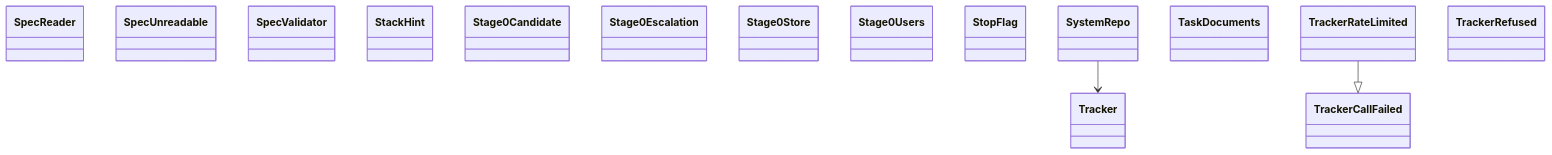
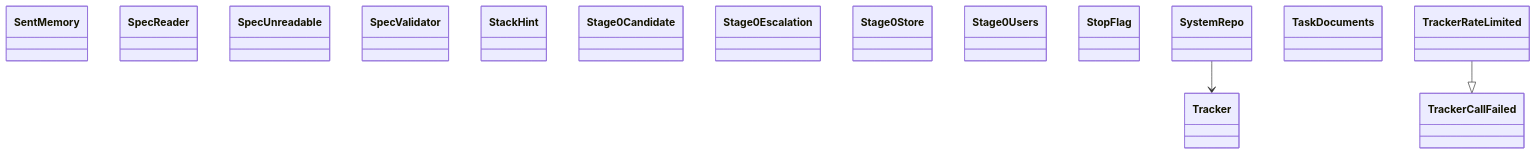
One commit to GonzaloZevallos/agentic-system changed the diagram in docs/architecture/generated/classes-process-application-support-7.md. Above: the diagram before and after it, drawn with Mermaid. The commit also changed 6 other files, not shown here.

Commit message:
Regenerate the architecture docs for RepoOrigin, GitRepoOrigin and the notify carry

````diff
--- a/docs/architecture/generated/classes-process-application-support-7.md
+++ b/docs/architecture/generated/classes-process-application-support-7.md
@@ -21,20 +21,20 @@
 ```mermaid
 classDiagram
+    class ports__SentMemory["SentMemory"]
     class ports__SpecReader["SpecReader"]
     class ports__SpecUnreadable["SpecUnreadable"]
     class ports__SpecValidator["SpecValidator"]
     class ports__StackHint["StackHint"]
     class ports__Stage0Candidate["Stage0Candidate"]
     class ports__Stage0Escalation["Stage0Escalation"]
     class ports__Stage0Store["Stage0Store"]
     class ports__Stage0Users["Stage0Users"]
     class ports__StopFlag["StopFlag"]
     class ports__SystemRepo["SystemRepo"]
     class ports__TaskDocuments["TaskDocuments"]
     class ports__Tracker["Tracker"]
     class ports__TrackerCallFailed["TrackerCallFailed"]
     class ports__TrackerRateLimited["TrackerRateLimited"]
-    class ports__TrackerRefused["TrackerRefused"]
     ports__SystemRepo --> ports__Tracker
     ports__TrackerRateLimited --|> ports__TrackerCallFailed
 ```
````
